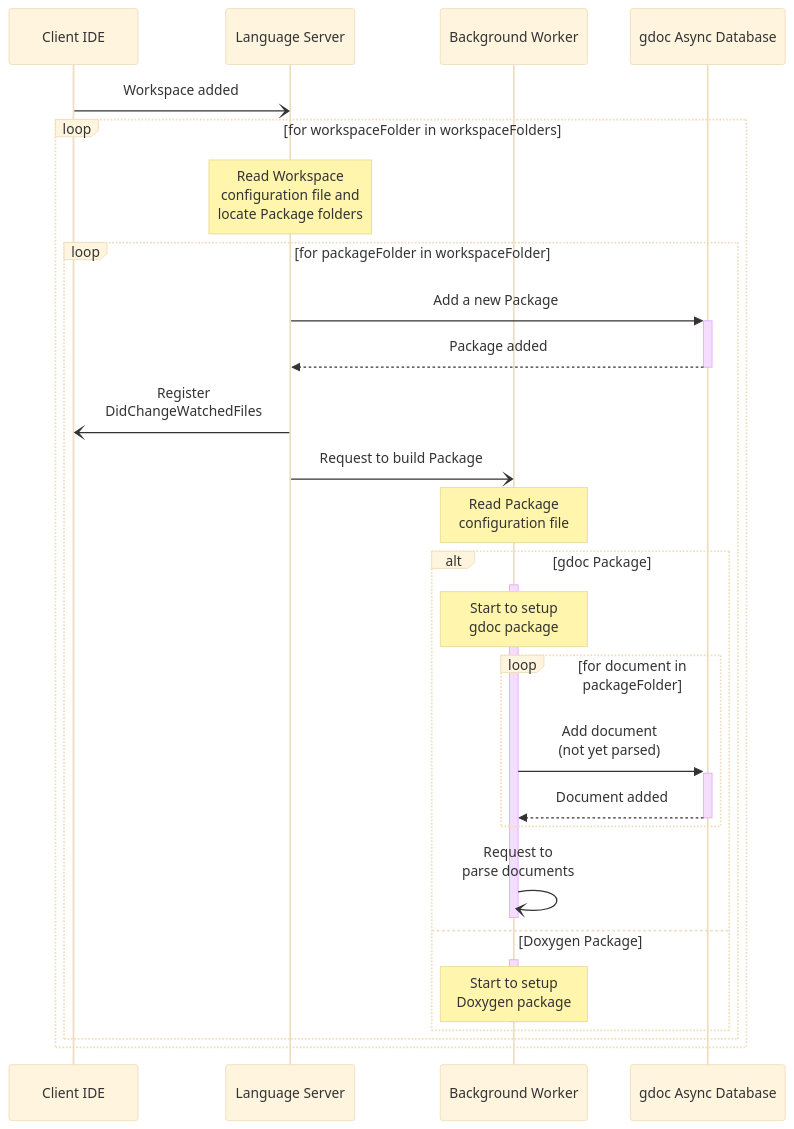
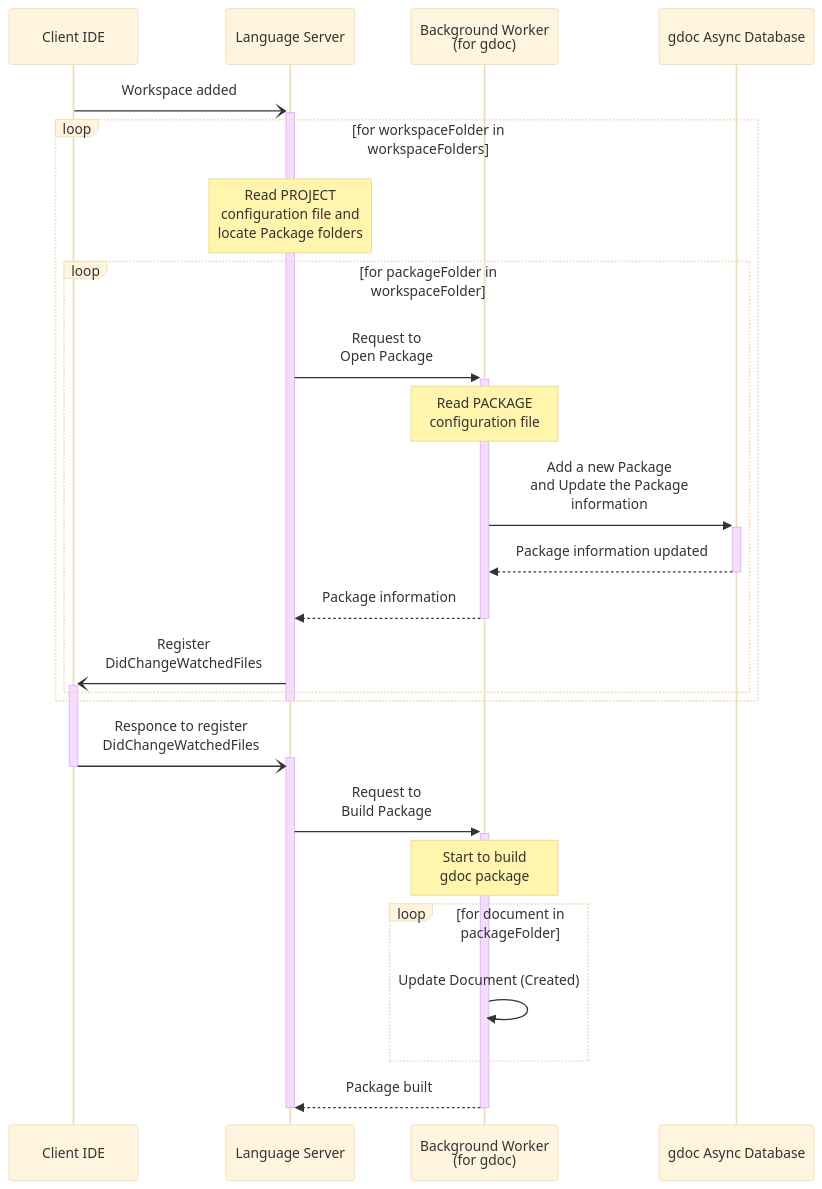
Before and after one commit to tyskdm/gdoc: the first of 3 diagrams in docs/ArchitecturalDesign/gdocServer/LanguageServer.md, drawn with Mermaid (base theme). The commit also changed other lines of this file, not shown here.

````diff
--- a/docs/ArchitecturalDesign/gdocServer/LanguageServer.md
+++ b/docs/ArchitecturalDesign/gdocServer/LanguageServer.md
@@ -125,33 +126,31 @@
 ```mermaid
 sequenceDiagram
   participant IDE as Client IDE
   participant LS as Language Server
-  participant Worker as Background Worker
+  participant Worker as Background Worker<br>(for gdoc)
   participant DB as gdoc Async Database
 
-  IDE -) LS: Workspace added
-  Loop for workspaceFolder in workspaceFolders
-    Note over LS: Read Workspace<br>configuration file and<br>locate Package folders
-    Loop for packageFolder in workspaceFolder
-      LS ->> +DB: Add a new Package
-      DB -->> -LS: Package added
-      LS -) IDE: Register<br>DidChangeWatchedFiles
-      LS -) Worker: Request to build Package
-      Note over Worker: Read Package<br>configuration file
-      alt gdoc Package
-        activate Worker
-        Note over Worker: Start to setup<br>gdoc package
-        Loop for document in packageFolder
-          Worker ->> +DB: Add document<br>(not yet parsed)
-          DB -->> -Worker: Document added
-        end
-        Worker -) Worker: Request to<br>parse documents
-        deactivate Worker
-      else Doxygen Package
-        activate Worker
-        Note over Worker: Start to setup<br>Doxygen package
-        deactivate Worker
+  IDE -) +LS: Workspace added
+    Loop for workspaceFolder in workspaceFolders
+      Note over LS: Read PROJECT<br>configuration file and<br>locate Package folders
+      Loop for packageFolder in workspaceFolder
+        LS ->> +Worker: Request to<br>Open Package
+          Note over Worker: Read PACKAGE<br>configuration file
+            Worker ->> +DB: Add a new Package<br>and Update the Package<br>information
+            DB -->> -Worker: Package information updated
+        Worker -->> -LS: Package information
+        LS -) +IDE: Register<br>DidChangeWatchedFiles
       end
     end
-  end
+  deactivate LS
+  %%
+  IDE -) +LS: Responce to register<br>DidChangeWatchedFiles
+    deactivate IDE
+    LS ->> +Worker: Request to<br>Build Package
+      Note over Worker: Start to build<br>gdoc package
+      Loop for document in packageFolder
+        Worker ->> Worker: Update Document (Created)
+      end
+    Worker -->> -LS: Package built
+  deactivate LS
 ```
````
